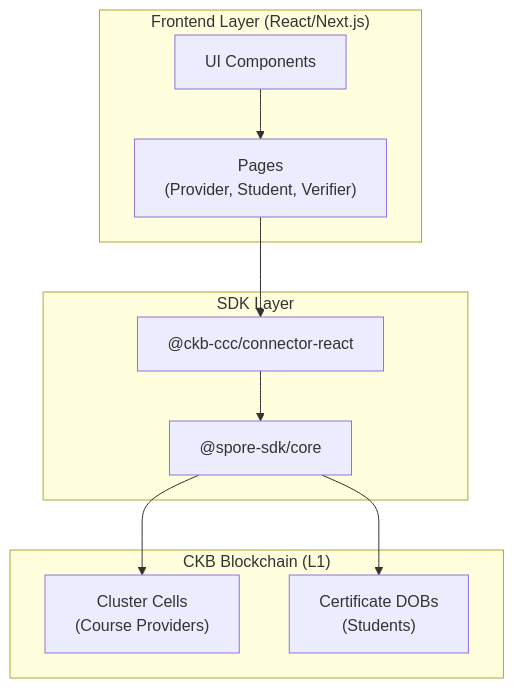
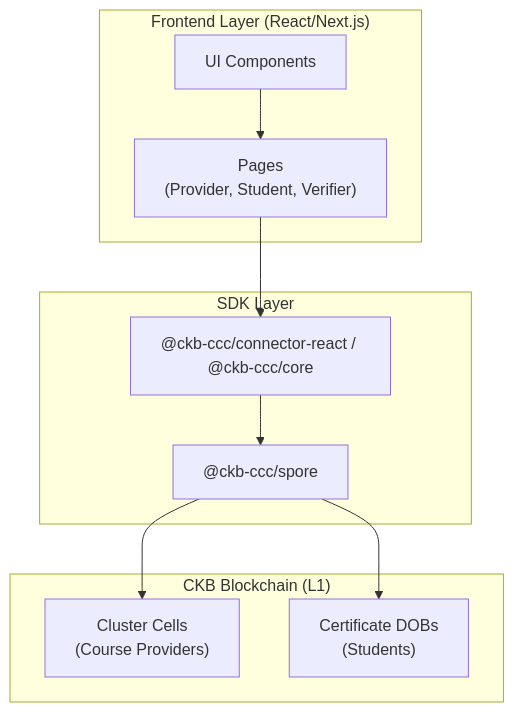
The first of 12 diagrams in doc/Design_spec/Implementation_Architecture.md (hiepthach/CertifyCKB), drawn with Mermaid before and after one commit. The commit also changed other lines of this file and 8 other files, not shown here.

Commit message:
refactor: migrate Spore Protocol integration from @spore-sdk/core to @ckb-ccc/spore and implement certificate melting with error handling

````diff
--- a/doc/Design_spec/Implementation_Architecture.md
+++ b/doc/Design_spec/Implementation_Architecture.md
@@ -90,23 +90,23 @@
 ```mermaid
 graph TB
     subgraph Frontend["Frontend Layer (React/Next.js)"]
         UI["UI Components"]
         PAGES["Pages<br/>(Provider, Student, Verifier)"]
     end
 
     subgraph SDK["SDK Layer"]
-        CCC["@ckb-ccc/connector-react"]
-        SPORE["@spore-sdk/core"]
+        CCC["@ckb-ccc/connector-react / @ckb-ccc/core"]
+        SPORE["@ckb-ccc/spore"]
     end
 
     subgraph Blockchain["CKB Blockchain (L1)"]
         CLUSTERS["Cluster Cells<br/>(Course Providers)"]
         CERTS["Certificate DOBs<br/>(Students)"]
     end
 
     UI --> PAGES
     PAGES --> CCC
     CCC --> SPORE
     SPORE --> CLUSTERS
     SPORE --> CERTS
 ```
````
